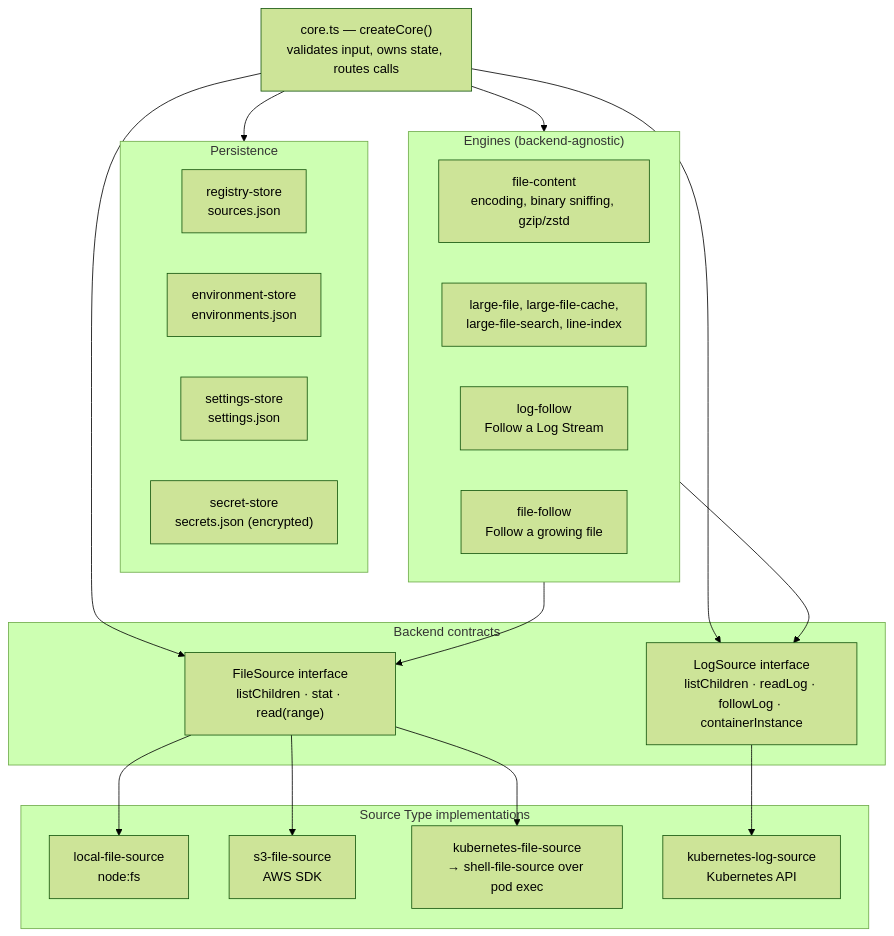
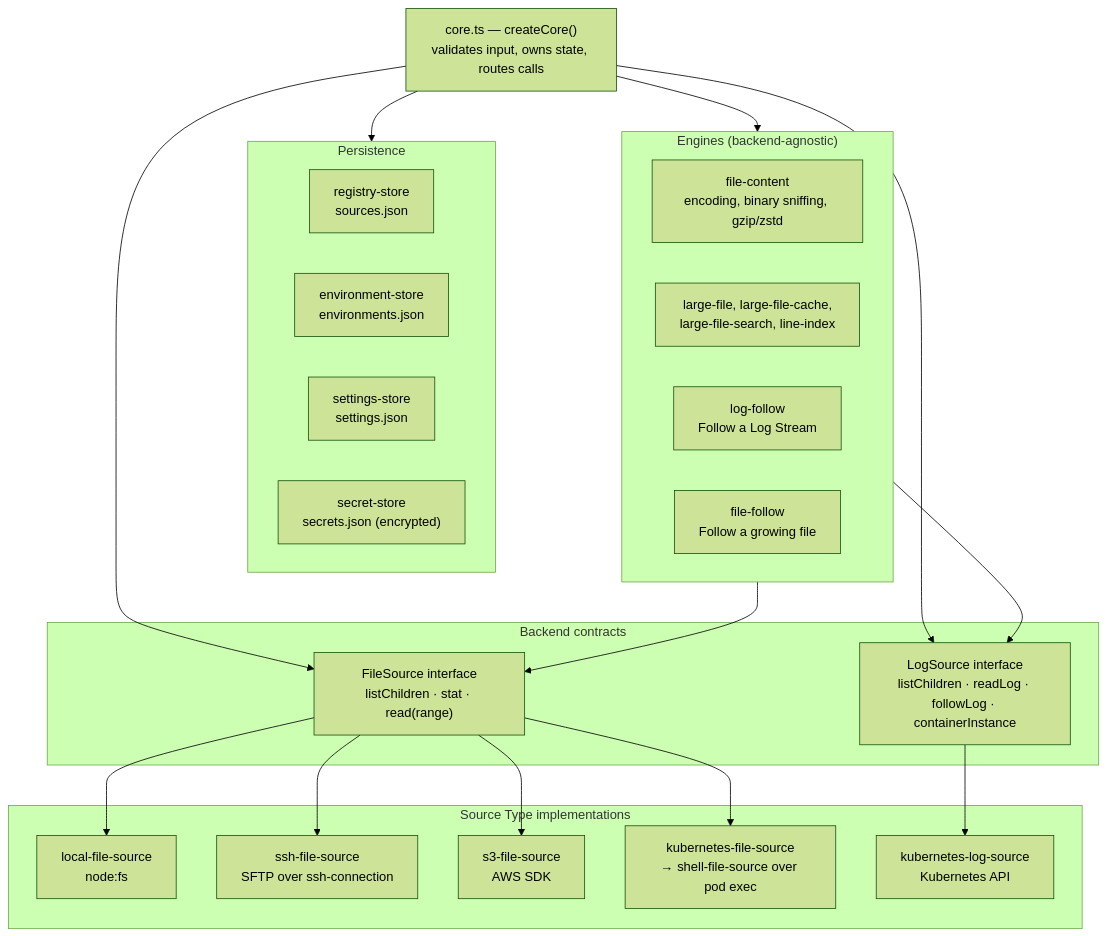
The second of 7 diagrams in docs/architecture.md (ducttapeworksorg/polyscope), drawn with Mermaid (forest theme) before and after one commit. The commit also changed other lines of this file and 31 other files, not shown here.

````diff
--- a/docs/architecture.md
+++ b/docs/architecture.md
@@ -163,39 +164,40 @@
 ```mermaid
 flowchart TB
   Facade["core.ts — createCore()<br/>validates input, owns state, routes calls"]
 
   subgraph Stores["Persistence"]
     Registry["registry-store<br/>sources.json"]
     Envs["environment-store<br/>environments.json"]
     SettingsS["settings-store<br/>settings.json"]
     Secrets["secret-store<br/>secrets.json (encrypted)"]
   end
 
   subgraph Engines["Engines (backend-agnostic)"]
     Content["file-content<br/>encoding, binary sniffing, gzip/zstd"]
     Large["large-file, large-file-cache,<br/>large-file-search, line-index"]
     LogFollow["log-follow<br/>Follow a Log Stream"]
     FileFollow["file-follow<br/>Follow a growing file"]
   end
 
   subgraph Abstractions["Backend contracts"]
     FS["FileSource interface<br/>listChildren · stat · read(range)"]
     LS["LogSource interface<br/>listChildren · readLog · followLog · containerInstance"]
   end
 
   subgraph Impl["Source Type implementations"]
     Local["local-file-source<br/>node:fs"]
+    SSH["ssh-file-source<br/>SFTP over ssh-connection"]
     S3["s3-file-source<br/>AWS SDK"]
     KF["kubernetes-file-source<br/>→ shell-file-source over pod exec"]
     KL["kubernetes-log-source<br/>Kubernetes API"]
   end
 
   Facade --> Stores
   Facade --> Engines
   Engines --> FS
   Engines --> LS
   Facade --> FS
   Facade --> LS
-  FS --> Local & S3 & KF
+  FS --> Local & SSH & S3 & KF
   LS --> KL
 ```
````
